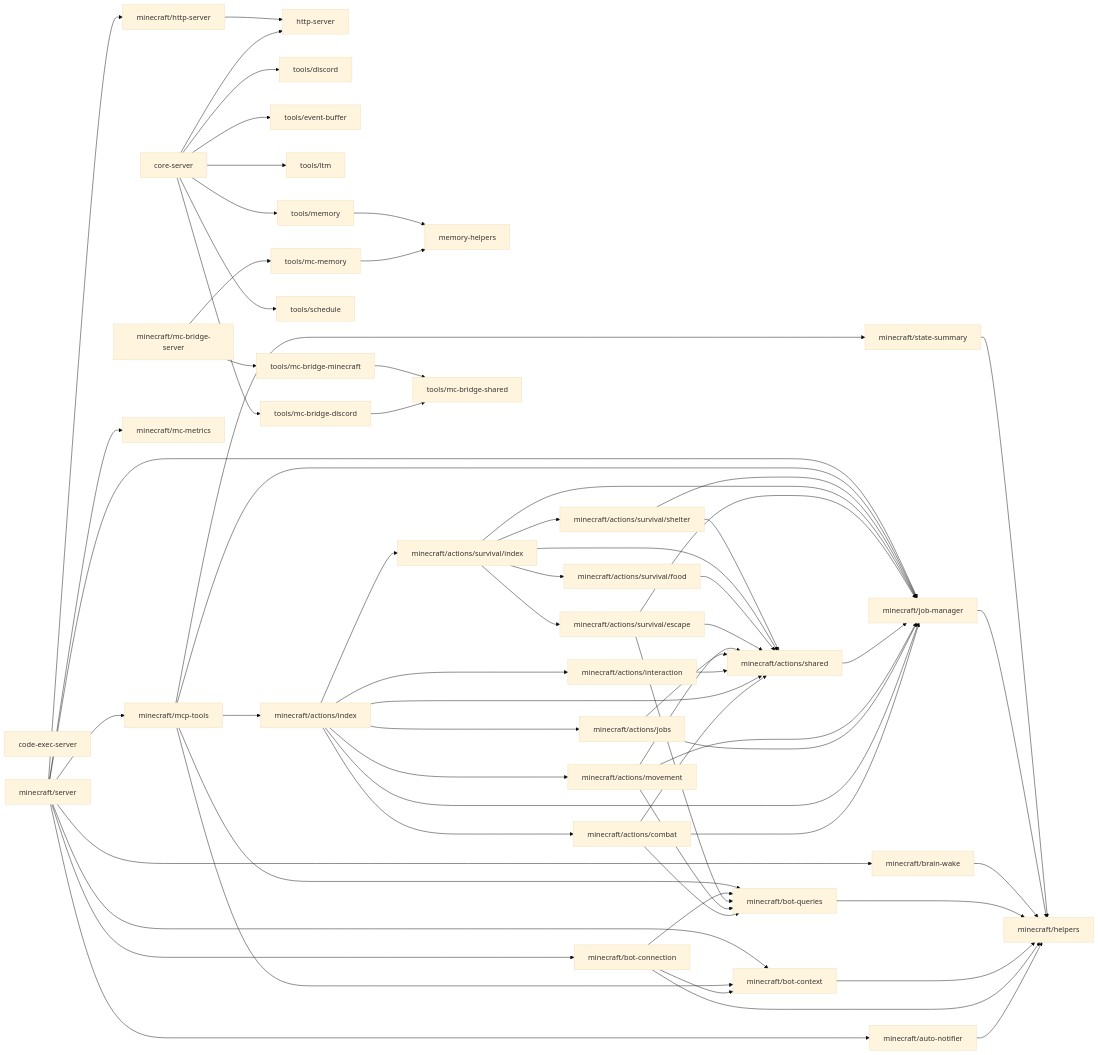
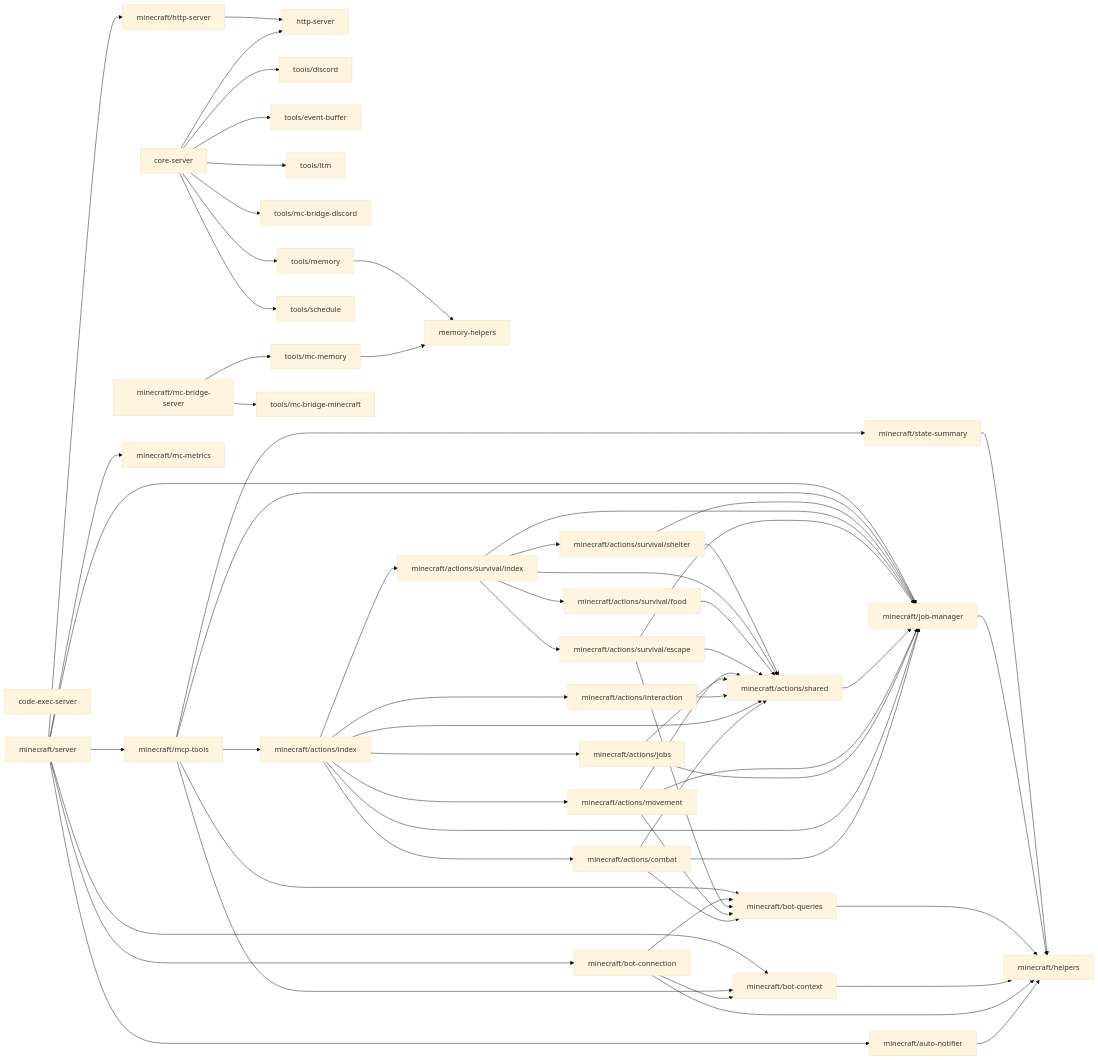
The diagram in src/mcp/DEPS.md (OJII3/vicissitude), drawn with Mermaid (base theme) before and after one commit. The commit also changed other lines of this file and 42 other files, not shown here.

````diff
--- a/src/mcp/DEPS.md
+++ b/src/mcp/DEPS.md
@@ -7,77 +7,74 @@
 ```mermaid
 graph LR
   code_exec_server["code-exec-server"]
   core_server["core-server"] --> http_server["http-server"]
   core_server["core-server"] --> tools_discord["tools/discord"]
   core_server["core-server"] --> tools_event_buffer["tools/event-buffer"]
   core_server["core-server"] --> tools_ltm["tools/ltm"]
   core_server["core-server"] --> tools_mc_bridge_discord["tools/mc-bridge-discord"]
   core_server["core-server"] --> tools_memory["tools/memory"]
   core_server["core-server"] --> tools_schedule["tools/schedule"]
   http_server["http-server"]
   memory_helpers["memory-helpers"]
   minecraft_actions_combat["minecraft/actions/combat"] --> minecraft_actions_shared["minecraft/actions/shared"]
   minecraft_actions_combat["minecraft/actions/combat"] --> minecraft_bot_queries["minecraft/bot-queries"]
   minecraft_actions_combat["minecraft/actions/combat"] --> minecraft_job_manager["minecraft/job-manager"]
   minecraft_actions_index["minecraft/actions/index"] --> minecraft_actions_combat["minecraft/actions/combat"]
   minecraft_actions_index["minecraft/actions/index"] --> minecraft_actions_interaction["minecraft/actions/interaction"]
   minecraft_actions_index["minecraft/actions/index"] --> minecraft_actions_jobs["minecraft/actions/jobs"]
   minecraft_actions_index["minecraft/actions/index"] --> minecraft_actions_movement["minecraft/actions/movement"]
   minecraft_actions_index["minecraft/actions/index"] --> minecraft_actions_shared["minecraft/actions/shared"]
   minecraft_actions_index["minecraft/actions/index"] --> minecraft_actions_survival_index["minecraft/actions/survival/index"]
   minecraft_actions_index["minecraft/actions/index"] --> minecraft_job_manager["minecraft/job-manager"]
   minecraft_actions_interaction["minecraft/actions/interaction"] --> minecraft_actions_shared["minecraft/actions/shared"]
   minecraft_actions_jobs["minecraft/actions/jobs"] --> minecraft_actions_shared["minecraft/actions/shared"]
   minecraft_actions_jobs["minecraft/actions/jobs"] --> minecraft_job_manager["minecraft/job-manager"]
   minecraft_actions_movement["minecraft/actions/movement"] --> minecraft_actions_shared["minecraft/actions/shared"]
   minecraft_actions_movement["minecraft/actions/movement"] --> minecraft_bot_queries["minecraft/bot-queries"]
   minecraft_actions_movement["minecraft/actions/movement"] --> minecraft_job_manager["minecraft/job-manager"]
   minecraft_actions_shared["minecraft/actions/shared"] --> minecraft_job_manager["minecraft/job-manager"]
   minecraft_actions_survival_escape["minecraft/actions/survival/escape"] --> minecraft_actions_shared["minecraft/actions/shared"]
   minecraft_actions_survival_escape["minecraft/actions/survival/escape"] --> minecraft_bot_queries["minecraft/bot-queries"]
   minecraft_actions_survival_escape["minecraft/actions/survival/escape"] --> minecraft_job_manager["minecraft/job-manager"]
   minecraft_actions_survival_food["minecraft/actions/survival/food"] --> minecraft_actions_shared["minecraft/actions/shared"]
   minecraft_actions_survival_index["minecraft/actions/survival/index"] --> minecraft_actions_shared["minecraft/actions/shared"]
   minecraft_actions_survival_index["minecraft/actions/survival/index"] --> minecraft_actions_survival_escape["minecraft/actions/survival/escape"]
   minecraft_actions_survival_index["minecraft/actions/survival/index"] --> minecraft_actions_survival_food["minecraft/actions/survival/food"]
   minecraft_actions_survival_index["minecraft/actions/survival/index"] --> minecraft_actions_survival_shelter["minecraft/actions/survival/shelter"]
   minecraft_actions_survival_index["minecraft/actions/survival/index"] --> minecraft_job_manager["minecraft/job-manager"]
   minecraft_actions_survival_shelter["minecraft/actions/survival/shelter"] --> minecraft_actions_shared["minecraft/actions/shared"]
   minecraft_actions_survival_shelter["minecraft/actions/survival/shelter"] --> minecraft_job_manager["minecraft/job-manager"]
   minecraft_auto_notifier["minecraft/auto-notifier"] --> minecraft_helpers["minecraft/helpers"]
   minecraft_bot_connection["minecraft/bot-connection"] --> minecraft_bot_context["minecraft/bot-context"]
   minecraft_bot_connection["minecraft/bot-connection"] --> minecraft_bot_queries["minecraft/bot-queries"]
   minecraft_bot_connection["minecraft/bot-connection"] --> minecraft_helpers["minecraft/helpers"]
   minecraft_bot_context["minecraft/bot-context"] --> minecraft_helpers["minecraft/helpers"]
   minecraft_bot_queries["minecraft/bot-queries"] --> minecraft_helpers["minecraft/helpers"]
-  minecraft_brain_wake["minecraft/brain-wake"] --> minecraft_helpers["minecraft/helpers"]
   minecraft_helpers["minecraft/helpers"]
   minecraft_http_server["minecraft/http-server"] --> http_server["http-server"]
   minecraft_job_manager["minecraft/job-manager"] --> minecraft_helpers["minecraft/helpers"]
   minecraft_mc_bridge_server["minecraft/mc-bridge-server"] --> tools_mc_bridge_minecraft["tools/mc-bridge-minecraft"]
   minecraft_mc_bridge_server["minecraft/mc-bridge-server"] --> tools_mc_memory["tools/mc-memory"]
   minecraft_mc_metrics["minecraft/mc-metrics"]
   minecraft_mcp_tools["minecraft/mcp-tools"] --> minecraft_actions_index["minecraft/actions/index"]
   minecraft_mcp_tools["minecraft/mcp-tools"] --> minecraft_bot_context["minecraft/bot-context"]
   minecraft_mcp_tools["minecraft/mcp-tools"] --> minecraft_bot_queries["minecraft/bot-queries"]
   minecraft_mcp_tools["minecraft/mcp-tools"] --> minecraft_job_manager["minecraft/job-manager"]
   minecraft_mcp_tools["minecraft/mcp-tools"] --> minecraft_state_summary["minecraft/state-summary"]
   minecraft_server["minecraft/server"] --> minecraft_auto_notifier["minecraft/auto-notifier"]
   minecraft_server["minecraft/server"] --> minecraft_bot_connection["minecraft/bot-connection"]
   minecraft_server["minecraft/server"] --> minecraft_bot_context["minecraft/bot-context"]
-  minecraft_server["minecraft/server"] --> minecraft_brain_wake["minecraft/brain-wake"]
   minecraft_server["minecraft/server"] --> minecraft_http_server["minecraft/http-server"]
   minecraft_server["minecraft/server"] --> minecraft_job_manager["minecraft/job-manager"]
   minecraft_server["minecraft/server"] --> minecraft_mc_metrics["minecraft/mc-metrics"]
   minecraft_server["minecraft/server"] --> minecraft_mcp_tools["minecraft/mcp-tools"]
   minecraft_state_summary["minecraft/state-summary"] --> minecraft_helpers["minecraft/helpers"]
   tools_discord["tools/discord"]
   tools_event_buffer["tools/event-buffer"]
   tools_ltm["tools/ltm"]
-  tools_mc_bridge_discord["tools/mc-bridge-discord"] --> tools_mc_bridge_shared["tools/mc-bridge-shared"]
-  tools_mc_bridge_minecraft["tools/mc-bridge-minecraft"] --> tools_mc_bridge_shared["tools/mc-bridge-shared"]
-  tools_mc_bridge_shared["tools/mc-bridge-shared"]
+  tools_mc_bridge_discord["tools/mc-bridge-discord"]
+  tools_mc_bridge_minecraft["tools/mc-bridge-minecraft"]
   tools_mc_memory["tools/mc-memory"] --> memory_helpers["memory-helpers"]
   tools_memory["tools/memory"] --> memory_helpers["memory-helpers"]
   tools_schedule["tools/schedule"]
 ```
````
